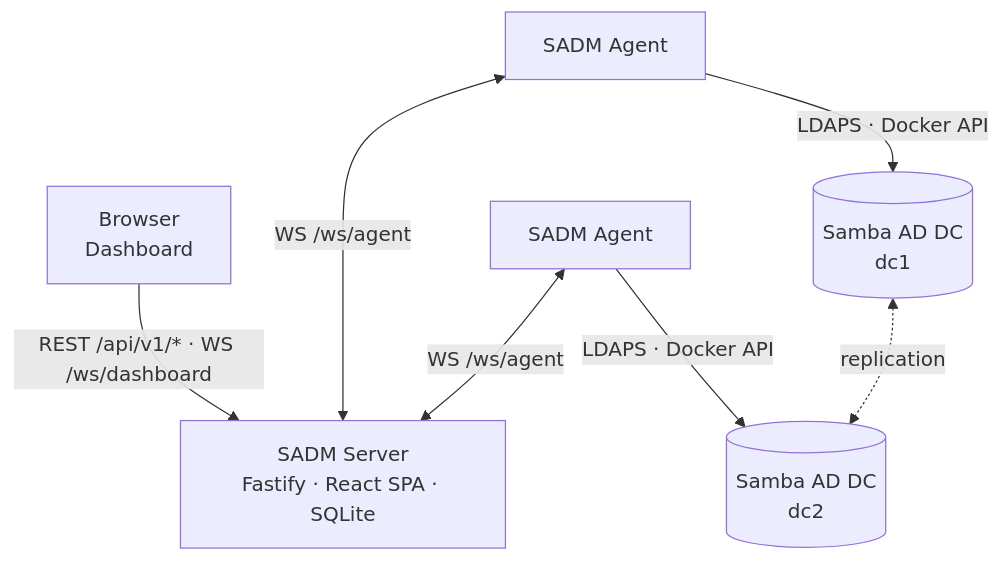
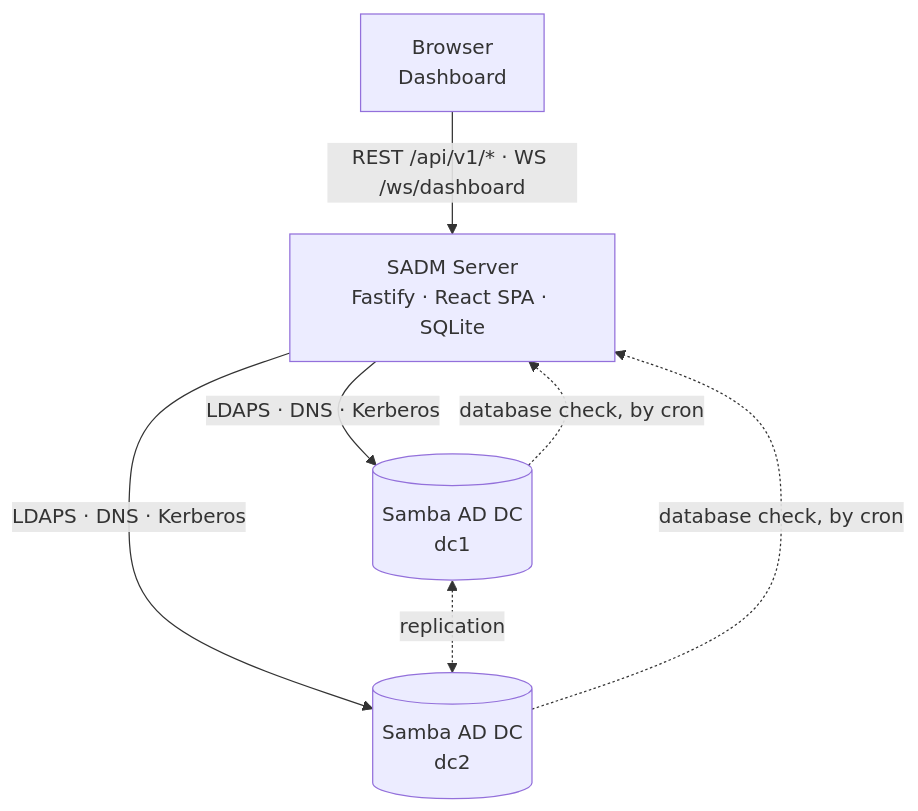
Before and after one commit to stefgo/samba-ad-manager: the diagram in docs/index.md, drawn with Mermaid. The commit also changed other lines of this file and 14 other files, not shown here.

First line of the commit message:
docs: Describe the server-only setup and the database check script

````diff
--- a/docs/index.md
+++ b/docs/index.md
@@ -21,16 +20,14 @@
 ```mermaid
 flowchart TB
     B["Browser<br/>Dashboard"]
     S["SADM Server<br/>Fastify · React SPA · SQLite"]
-    A1["SADM Agent"]
-    A2["SADM Agent"]
     D1[("Samba AD DC<br/>dc1")]
     D2[("Samba AD DC<br/>dc2")]
 
     B -->|"REST /api/v1/* · WS /ws/dashboard"| S
-    A1 <-->|"WS /ws/agent"| S
-    A2 <-->|"WS /ws/agent"| S
-    A1 -->|"LDAPS · Docker API"| D1
-    A2 -->|"LDAPS · Docker API"| D2
+    S -->|"LDAPS · DNS · Kerberos"| D1
+    S -->|"LDAPS · DNS · Kerberos"| D2
+    D1 -.->|"database check, by cron"| S
+    D2 -.->|"database check, by cron"| S
     D1 <-.->|replication| D2
 ```
````
